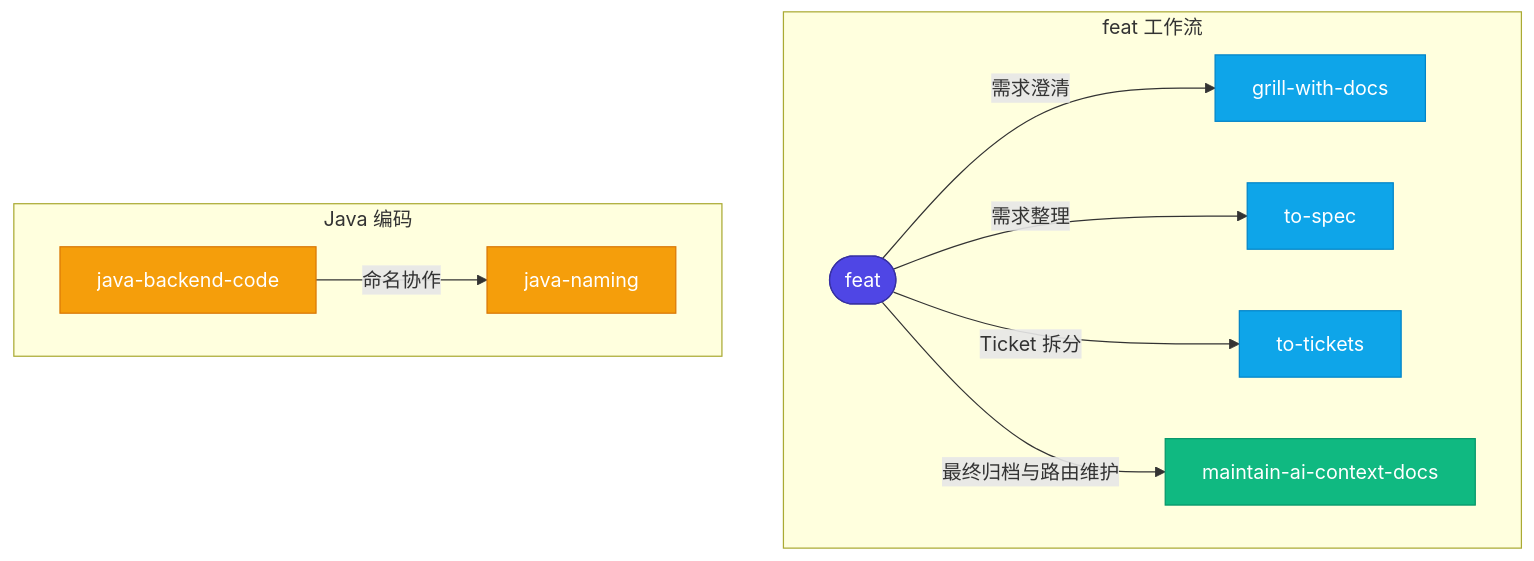
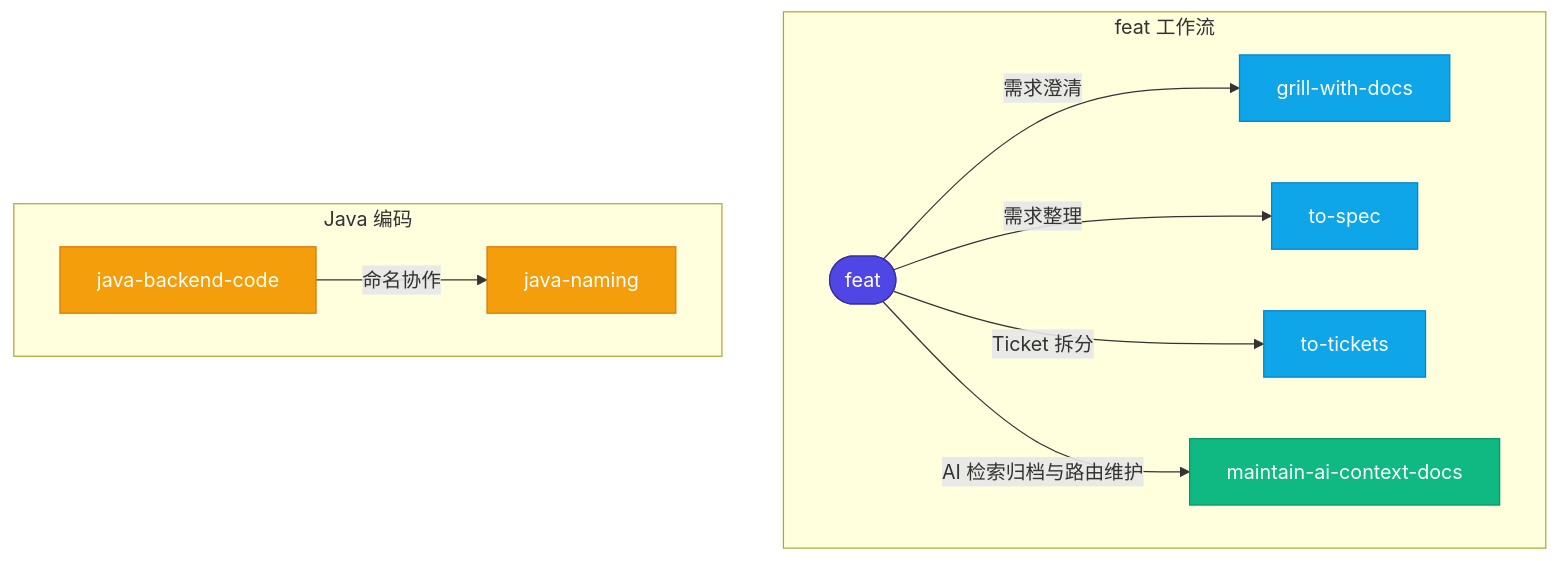
Before and after one commit to mofan212/codex-profile: the first of 3 diagrams in README.md, drawn with Mermaid. The commit also changed other lines of this file and 5 other files, not shown here.

````diff
--- a/README.md
+++ b/README.md
@@ -52,29 +52,29 @@
 ```mermaid
 flowchart TD
     subgraph feat_workflow ["feat 工作流"]
         feat(["feat"])
         grillWithDocs["grill-with-docs"]
         toSpec["to-spec"]
         toTickets["to-tickets"]
         maintainAiContextDocs["maintain-ai-context-docs"]
     end
 
     subgraph java_coding ["Java 编码"]
         javaBackendCode["java-backend-code"]
         javaNaming["java-naming"]
     end
 
     feat -->|需求澄清| grillWithDocs
     feat -->|需求整理| toSpec
     feat -->|Ticket 拆分| toTickets
-    feat -->|最终归档与路由维护| maintainAiContextDocs
+    feat -->|AI 检索归档与路由维护| maintainAiContextDocs
     javaBackendCode -->|命名协作| javaNaming
 
     style feat fill:#4f46e5,color:#fff,stroke:#3730a3
     style grillWithDocs fill:#0ea5e9,color:#fff,stroke:#0284c7
     style toSpec fill:#0ea5e9,color:#fff,stroke:#0284c7
     style toTickets fill:#0ea5e9,color:#fff,stroke:#0284c7
     style maintainAiContextDocs fill:#10b981,color:#fff,stroke:#059669
     style javaBackendCode fill:#f59e0b,color:#fff,stroke:#d97706
     style javaNaming fill:#f59e0b,color:#fff,stroke:#d97706
 ```
````
